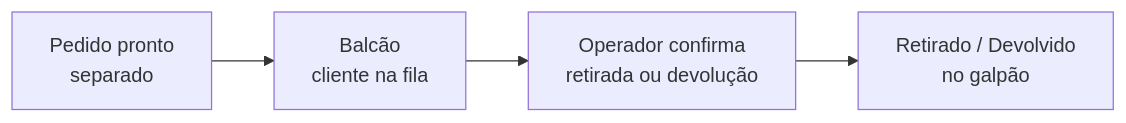
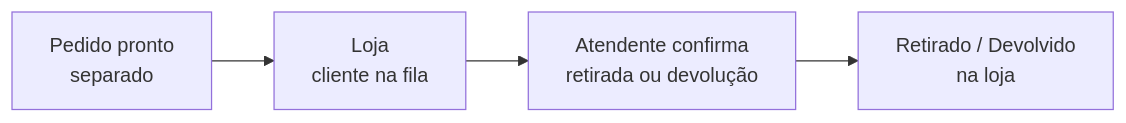
Before and after one commit to LocFlowTeam/locflow-docs: the diagram in logistica/balcao.md, drawn with Mermaid. The commit also changed other lines of this file and 10 other files, not shown here.

````diff
--- a/logistica/balcao.md
+++ b/logistica/balcao.md
@@ -20,6 +49,6 @@
 ```mermaid
 flowchart LR
-    PRO[Pedido pronto<br/>separado] --> FILA[Balcão<br/>cliente na fila]
-    FILA --> CONF[Operador confirma<br/>retirada ou devolução]
-    CONF --> FIM[Retirado / Devolvido<br/>no galpão]
+    PRO[Pedido pronto<br/>separado] --> FILA[Loja<br/>cliente na fila]
+    FILA --> CONF[Atendente confirma<br/>retirada ou devolução]
+    CONF --> FIM[Retirado / Devolvido<br/>na loja]
 ```
````
